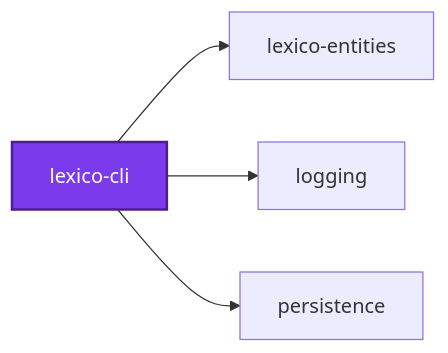
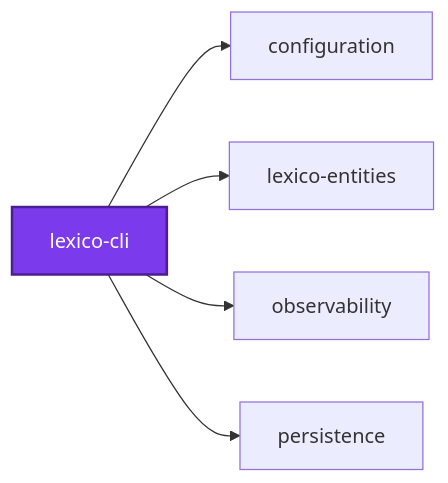
Before and after one commit to organizzolini/codebase: the first of 3 diagrams in projects/lexico/lexico-cli/README.md, drawn with Mermaid. The commit also changed other lines of this file and 2324 other files, not shown here.

````diff
--- a/projects/lexico/lexico-cli/README.md
+++ b/projects/lexico/lexico-cli/README.md
@@ -855,12 +855,14 @@
 ```mermaid
 graph LR
+  configuration["configuration"]
   lexico_cli["lexico-cli"]
   lexico_entities["lexico-entities"]
-  logging["logging"]
+  observability["observability"]
   persistence["persistence"]
+  lexico_cli --> configuration
   lexico_cli --> lexico_entities
-  lexico_cli --> logging
+  lexico_cli --> observability
   lexico_cli --> persistence
   classDef subject fill:#7c3aed,color:#fff,stroke:#4c1d95,stroke-width:2px
   class lexico_cli subject
 ```
````
